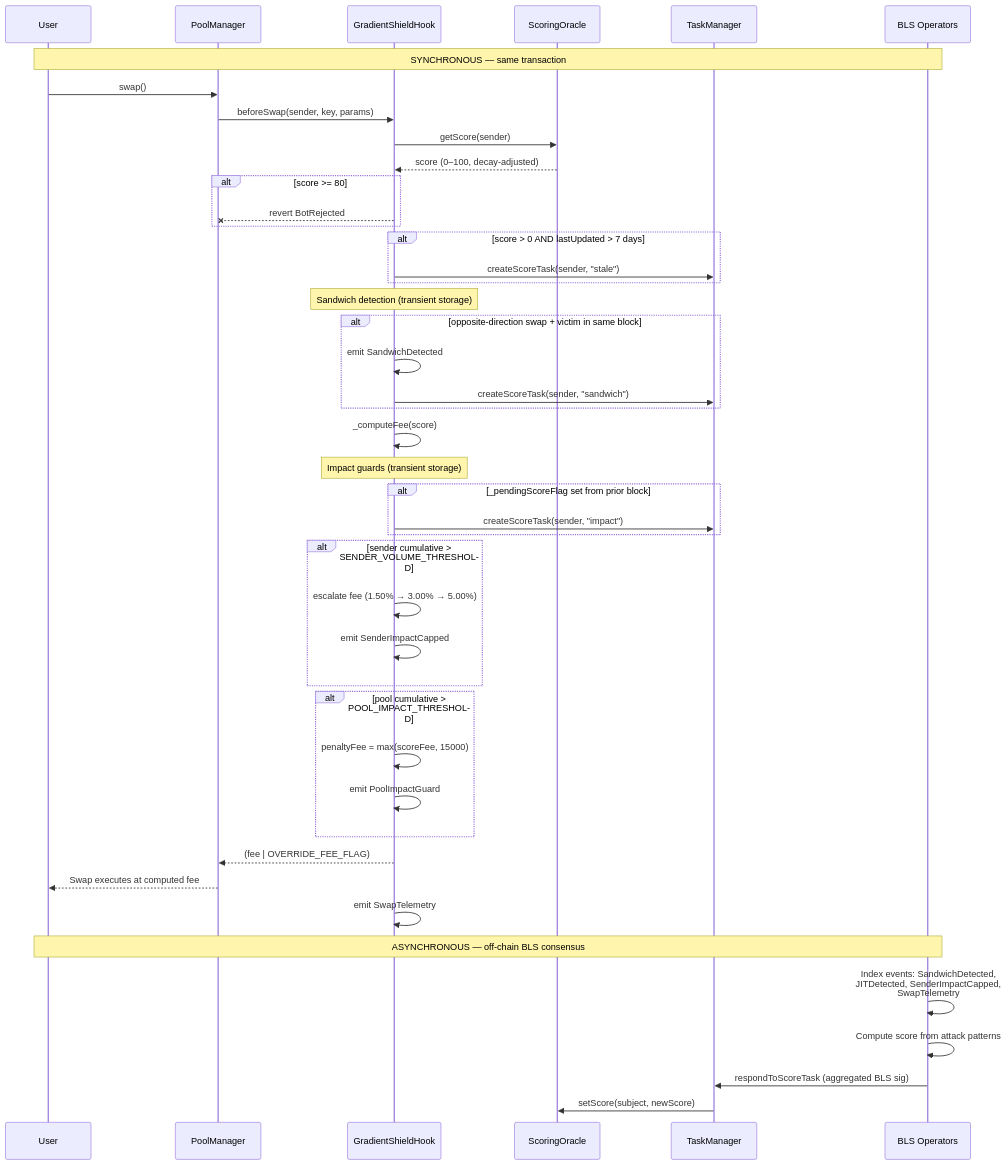
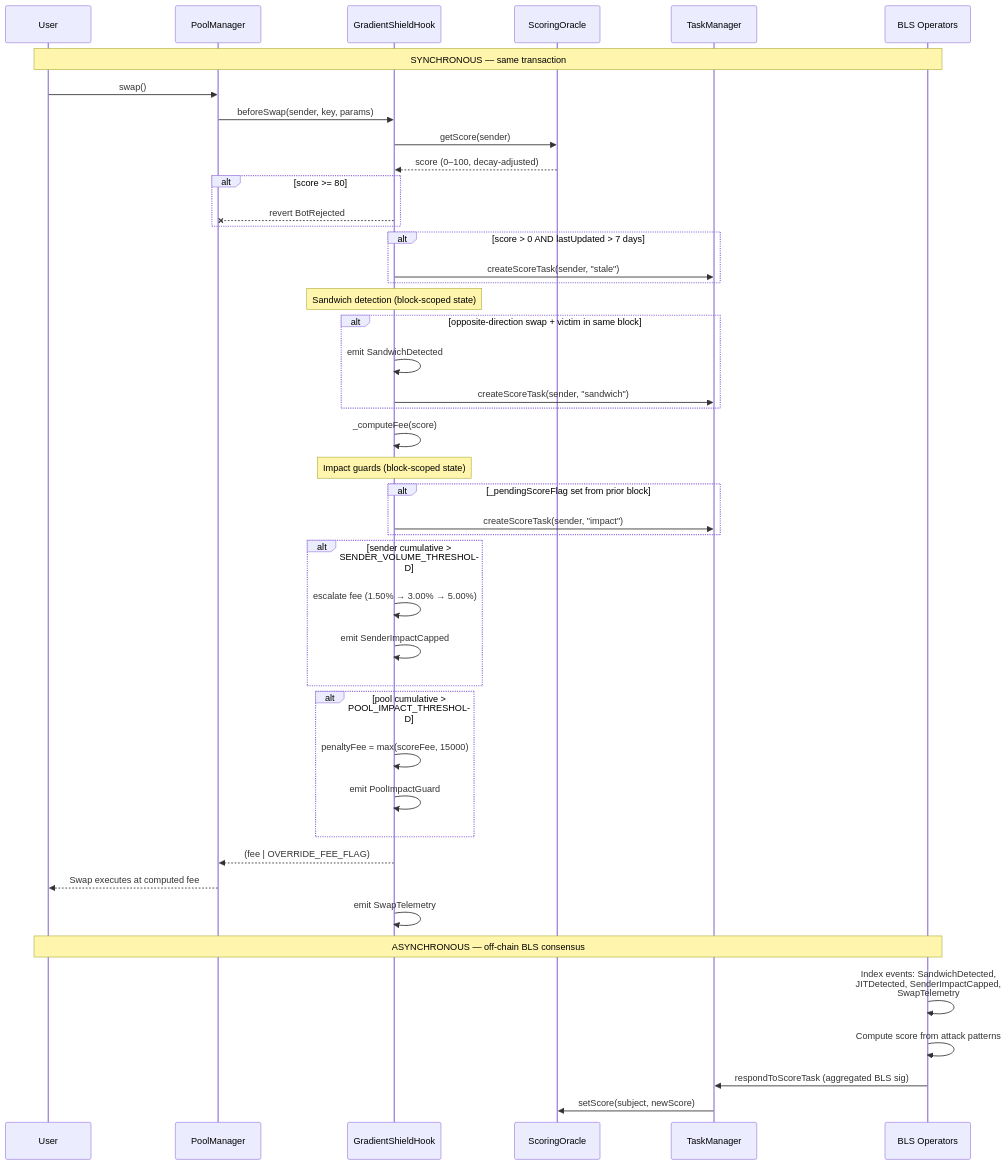
One commit to sivajialla/gradient-shield changed the second of 2 diagrams in README.md. Above: the diagram before and after it, drawn with Mermaid. The commit also changed other lines of this file and 26 other files, not shown here.

````diff
--- a/README.md
+++ b/README.md
@@ -101,58 +107,58 @@
 ```mermaid
 sequenceDiagram
     participant User
     participant PM as PoolManager
     participant Hook as GradientShieldHook
     participant Oracle as ScoringOracle
     participant TM as TaskManager
     participant Ops as BLS Operators
 
     Note over User,Ops: SYNCHRONOUS — same transaction
 
     User->>PM: swap()
     PM->>Hook: beforeSwap(sender, key, params)
 
     Hook->>Oracle: getScore(sender)
     Oracle-->>Hook: score (0–100, decay-adjusted)
 
     alt score >= 80
         Hook--xPM: revert BotRejected
     end
 
     alt score > 0 AND lastUpdated > 7 days
         Hook->>TM: createScoreTask(sender, "stale")
     end
 
-    Note over Hook: Sandwich detection (transient storage)
+    Note over Hook: Sandwich detection (block-scoped state)
     alt opposite-direction swap + victim in same block
         Hook->>Hook: emit SandwichDetected
         Hook->>TM: createScoreTask(sender, "sandwich")
     end
 
     Hook->>Hook: _computeFee(score)
 
-    Note over Hook: Impact guards (transient storage)
+    Note over Hook: Impact guards (block-scoped state)
     alt _pendingScoreFlag set from prior block
         Hook->>TM: createScoreTask(sender, "impact")
     end
     alt sender cumulative > SENDER_VOLUME_THRESHOLD
         Hook->>Hook: escalate fee (1.50% → 3.00% → 5.00%)
         Hook->>Hook: emit SenderImpactCapped
     end
     alt pool cumulative > POOL_IMPACT_THRESHOLD
         Hook->>Hook: penaltyFee = max(scoreFee, 15000)
         Hook->>Hook: emit PoolImpactGuard
     end
 
     Hook-->>PM: (fee | OVERRIDE_FEE_FLAG)
     PM-->>User: Swap executes at computed fee
 
     Hook->>Hook: emit SwapTelemetry
 
     Note over User,Ops: ASYNCHRONOUS — off-chain BLS consensus
 
     Ops->>Ops: Index events: SandwichDetected,<br/>JITDetected, SenderImpactCapped,<br/>SwapTelemetry
     Ops->>Ops: Compute score from attack patterns
     Ops->>TM: respondToScoreTask (aggregated BLS sig)
     TM->>Oracle: setScore(subject, newScore)
 ```
````
